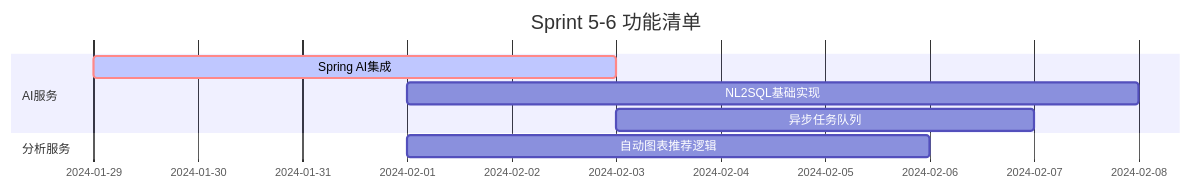
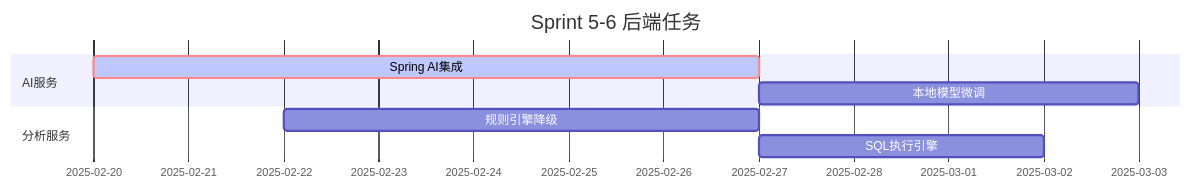
Before and after one commit to Hanekawa-00/Obsidian_Note: the fifth of 11 diagrams in MyProject/intelligent-bi-platform-microServices/My-plan.md, drawn with Mermaid. The commit also changed other lines of this file, not shown here.

````diff
--- a/MyProject/intelligent-bi-platform-microServices/My-plan.md
+++ b/MyProject/intelligent-bi-platform-microServices/My-plan.md
@@ -41,10 +125,10 @@
 ```mermaid
 gantt
-    title Sprint 5-6 功能清单
+    title Sprint 5-6 后端任务
     section AI服务
-    Spring AI集成       :crit, active, 2024-01-29, 5d
-    NL2SQL基础实现      :2024-02-01, 7d
-    异步任务队列        :2024-02-03, 4d
+    Spring AI集成 :crit, active, a1, 2025-02-20, 7d
+    本地模型微调 :a2, after a1, 4d
     section 分析服务
-    自动图表推荐逻辑    :2024-02-01, 5d
+    规则引擎降级 :a3, 2025-02-22, 5d
+    SQL执行引擎 :a4, after a3, 3d
 ```
````
